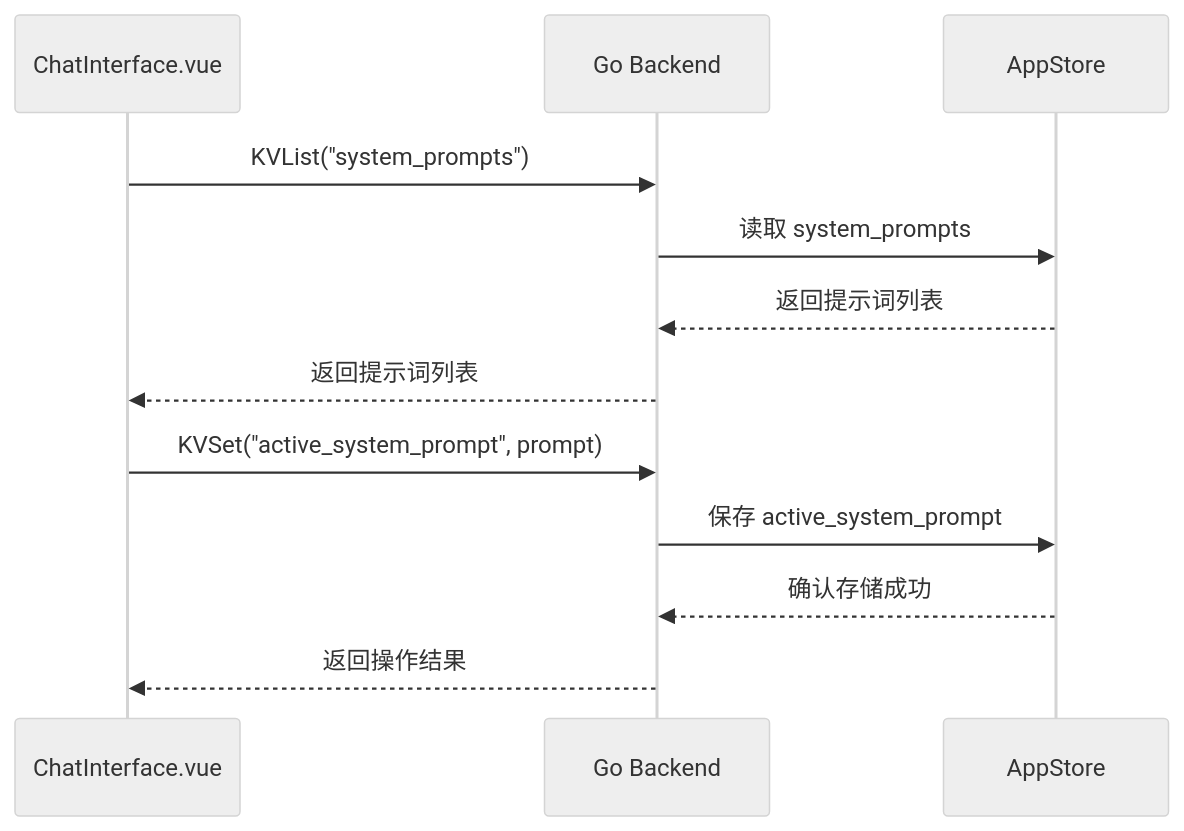
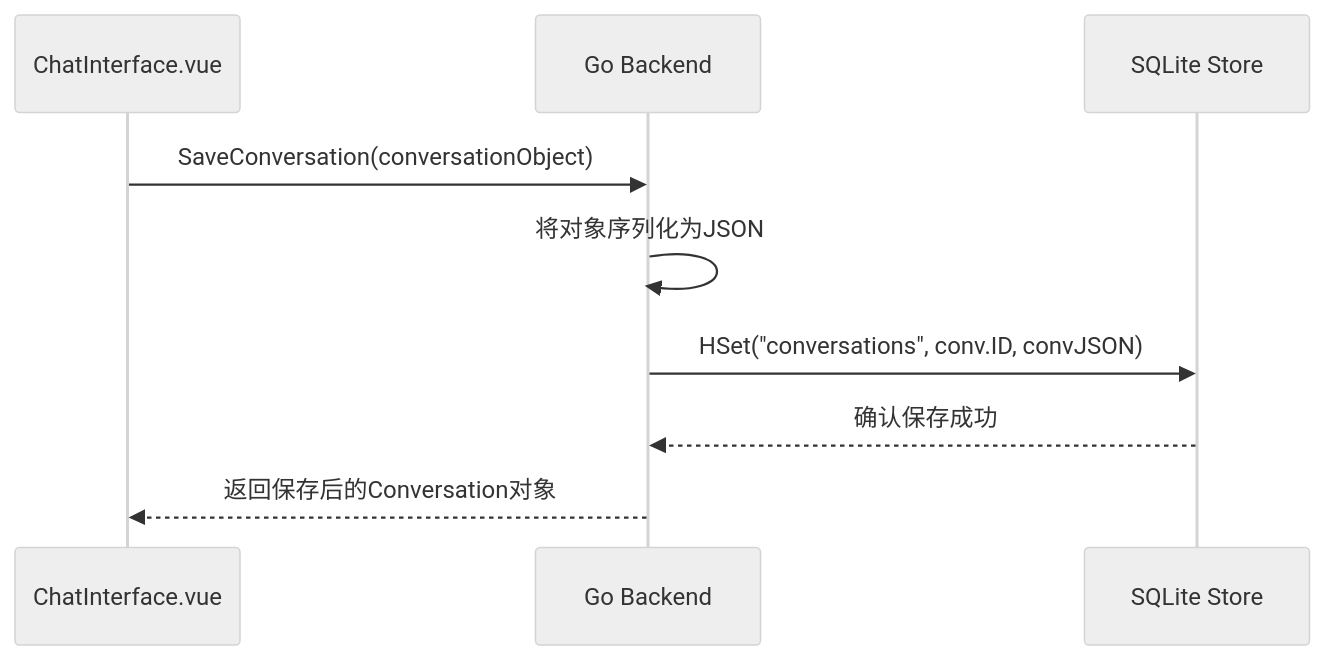
The second of 2 diagrams in docs/设计/chat_manager/03.数据结构.md (fzxs8/tools-ollama), drawn with Mermaid (neutral theme) before and after one commit. The commit also changed other lines of this file and 12 other files, not shown here.

````diff
--- a/docs/设计/chat_manager/03.数据结构.md
+++ b/docs/设计/chat_manager/03.数据结构.md
@@ -177,16 +100,12 @@
 ```mermaid
 sequenceDiagram
     participant Vue as ChatInterface.vue
     participant Go as Go Backend
-    participant Store as AppStore
-    
-    Vue->>Go: KVList("system_prompts")
-    Go->>Store: 读取 system_prompts
-    Store-->>Go: 返回提示词列表
-    Go-->>Vue: 返回提示词列表
-    
-    Vue->>Go: KVSet("active_system_prompt", prompt)
-    Go->>Store: 保存 active_system_prompt
-    Store-->>Go: 确认存储成功
-    Go-->>Vue: 返回操作结果
+    participant Store as SQLite Store
+
+    Vue->>Go: SaveConversation(conversationObject)
+    Go->>Go: 将对象序列化为JSON
+    Go->>Store: HSet("conversations", conv.ID, convJSON)
+    Store-->>Go: 确认保存成功
+    Go-->>Vue: 返回保存后的Conversation对象
 ```
````
